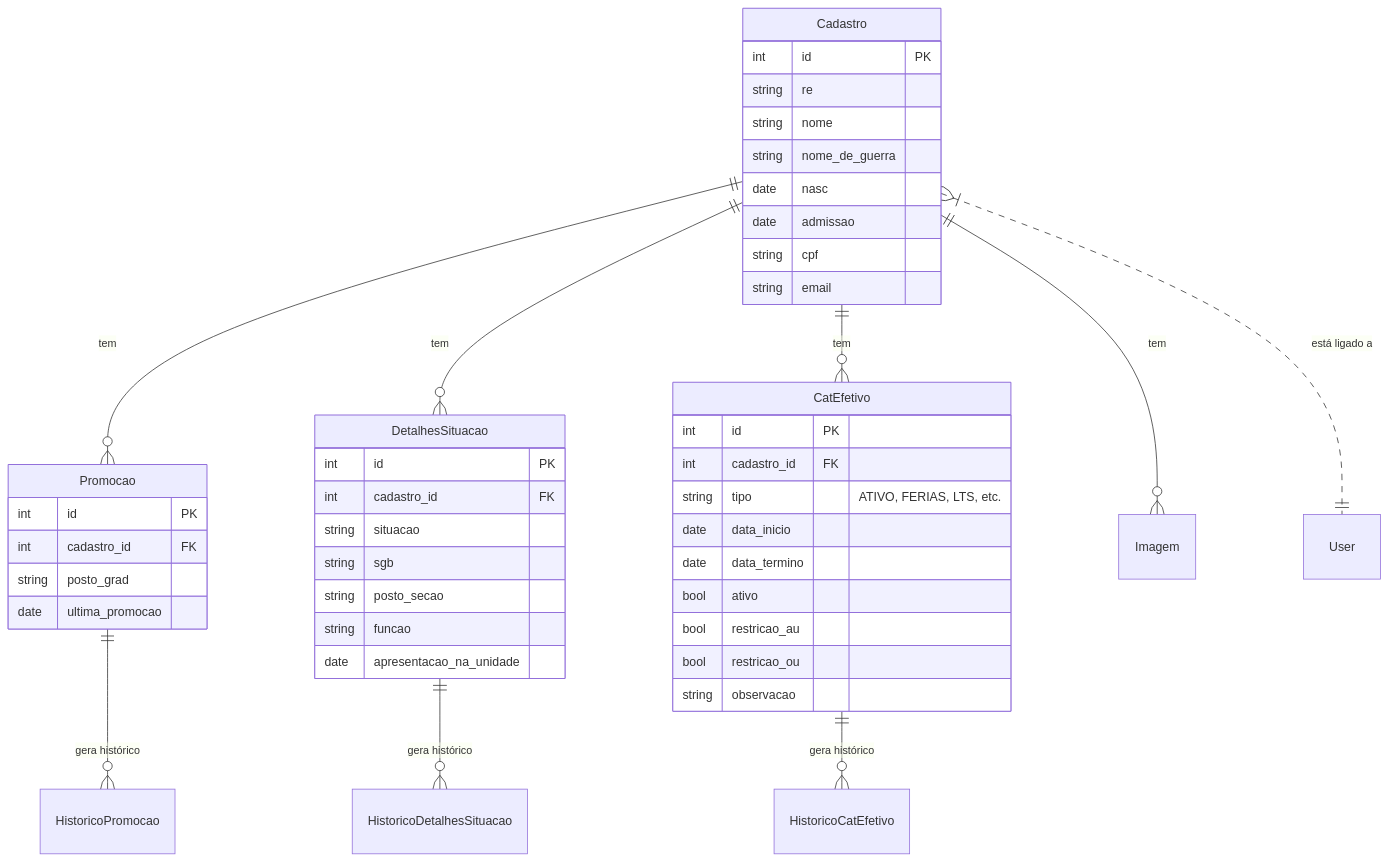
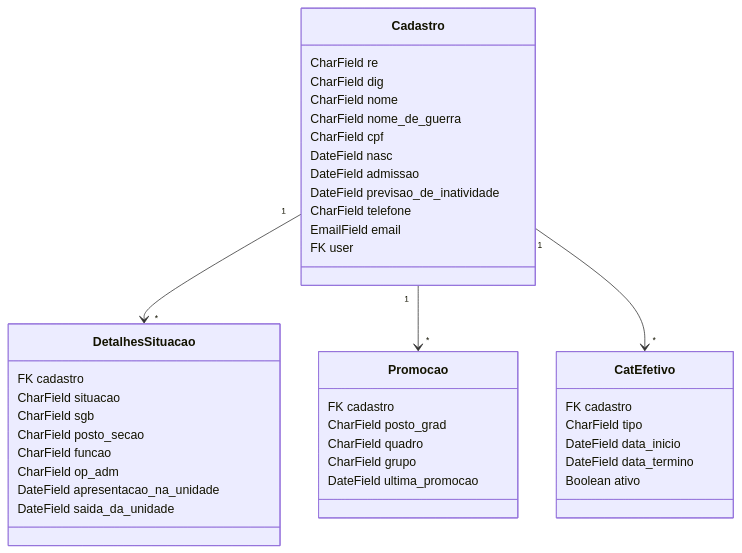
One commit to Andre-fdias/SisCoE changed the second of 6 diagrams in docs/apps/efetivo.md. Above: the diagram before and after it, drawn with Mermaid. The commit also changed other lines of this file and 17 other files, not shown here.

````diff
--- a/docs/apps/efetivo.md
+++ b/docs/apps/efetivo.md
@@ -11,52 +153,47 @@
 ```mermaid
-erDiagram
-    Cadastro ||--o{ Promocao : "tem"
-    Cadastro ||--o{ DetalhesSituacao : "tem"
-    Cadastro ||--o{ CatEfetivo : "tem"
-    Cadastro ||--o{ Imagem : "tem"
-    Cadastro }|..|| User : "está ligado a"
-
-    Promocao ||--o{ HistoricoPromocao : "gera histórico"
-    DetalhesSituacao ||--o{ HistoricoDetalhesSituacao : "gera histórico"
-    CatEfetivo ||--o{ HistoricoCatEfetivo : "gera histórico"
-
-    Cadastro {
-        int id PK
-        string re
-        string nome
-        string nome_de_guerra
-        date nasc
-        date admissao
-        string cpf
-        string email
+classDiagram
+    class Cadastro {
+        CharField re
+        CharField dig
+        CharField nome
+        CharField nome_de_guerra
+        CharField cpf
+        DateField nasc
+        DateField admissao
+        DateField previsao_de_inatividade
+        CharField telefone
+        EmailField email
+        FK user
     }
 
-    Promocao {
-        int id PK
-        int cadastro_id FK
-        string posto_grad
-        date ultima_promocao
+    class DetalhesSituacao {
+        FK cadastro
+        CharField situacao
+        CharField sgb
+        CharField posto_secao
+        CharField funcao
+        CharField op_adm
+        DateField apresentacao_na_unidade
+        DateField saida_da_unidade
     }
 
-    DetalhesSituacao {
-        int id PK
-        int cadastro_id FK
-        string situacao
-        string sgb
-        string posto_secao
-        string funcao
-        date apresentacao_na_unidade
+    class Promocao {
+        FK cadastro
+        CharField posto_grad
+        CharField quadro
+        CharField grupo
+        DateField ultima_promocao
     }
 
-    CatEfetivo {
-        int id PK
-        int cadastro_id FK
-        string tipo "ATIVO, FERIAS, LTS, etc."
-        date data_inicio
-        date data_termino
-        bool ativo
-        bool restricao_au
-        bool restricao_ou
-        string observacao
+    class CatEfetivo {
+        FK cadastro
+        CharField tipo
+        DateField data_inicio
+        DateField data_termino
+        Boolean ativo
     }
+
+    Cadastro "1" --> "*" DetalhesSituacao
+    Cadastro "1" --> "*" Promocao
+    Cadastro "1" --> "*" CatEfetivo
 ```
````
